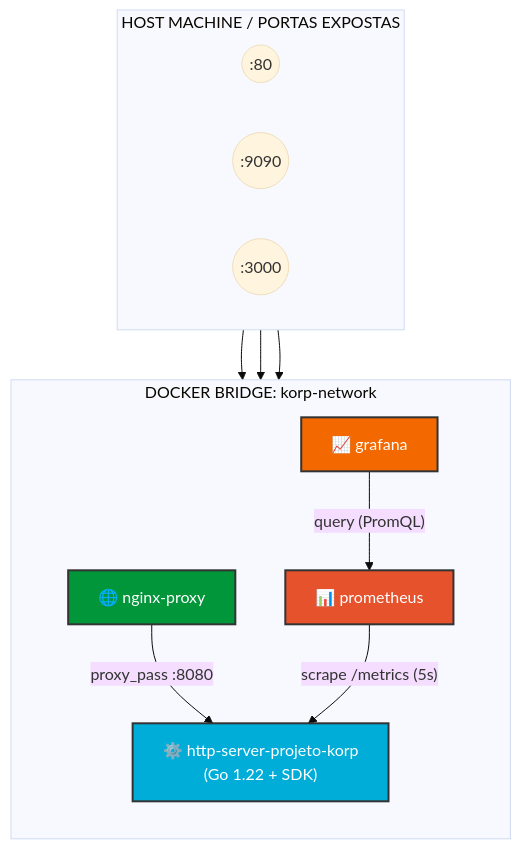
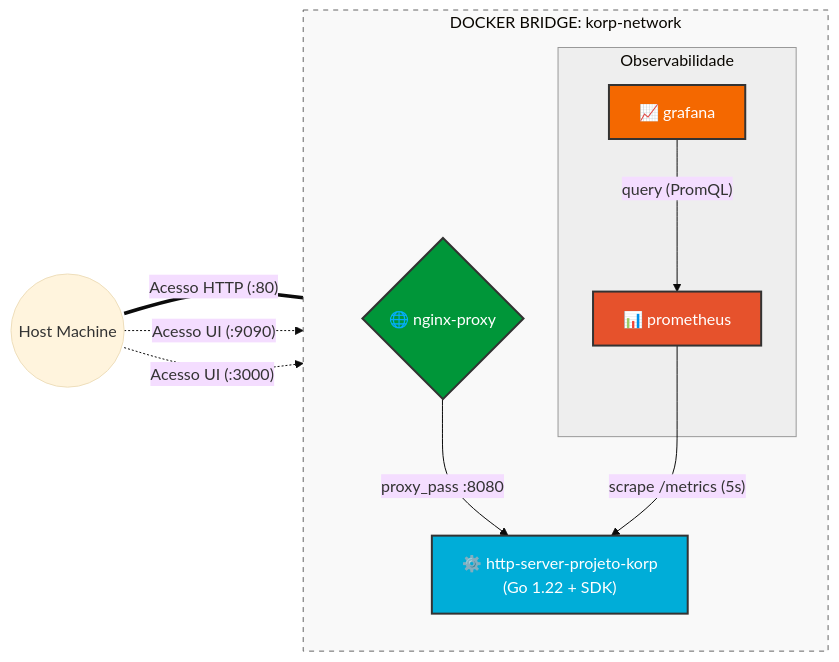
The diagram in README.md (devjanBarbosa/desafio-devops-korp), drawn with Mermaid (base theme) before and after one commit. The commit also changed other lines of this file, not shown here.

````diff
--- a/README.md
+++ b/README.md
@@ -11,33 +9,42 @@
 ```mermaid
-flowchart TD
-    subgraph Host [HOST MACHINE / PORTAS EXPOSTAS]
-        direction LR
-        P80((:80))
-        P9090((:9090))
-        P3000((:3000))
+flowchart LR
+    %% Entidade Externa
+    Client((Host Machine))
+
+    %% Malha de Rede
+    subgraph Docker [DOCKER BRIDGE: korp-network]
+        direction TB
+        
+        %% Componentes Principais
+        Nginx{"🌐 nginx-proxy"}
+        API["⚙️ http-server-projeto-korp\n(Go 1.22 + SDK)"]
+        
+        %% Agrupamento de Monitoramento
+        subgraph SRE [Observabilidade]
+            Prom["📊 prometheus"]
+            Grafana["📈 grafana"]
+        end
     end
 
-    subgraph Network [DOCKER BRIDGE: korp-network]
-        direction TB
-        Nginx["🌐 nginx-proxy"]
-        Prom["📊 prometheus"]
-        Grafana["📈 grafana"]
-        API["⚙️ http-server-projeto-korp<br/>(Go 1.22 + SDK)"]
-    end
+    %% Fluxo de Tráfego de Negócio
+    Client == "Acesso HTTP (:80)" === Nginx
+    Nginx -- "proxy_pass :8080" --> API
 
-    %% Entradas do Host
-    P80 --> Nginx
-    P9090 --> Prom
-    P3000 --> Grafana
-
-    %% Comunicação Interna
-    Nginx -- "proxy_pass :8080" --> API
+    %% Fluxo de Telemetria
     Prom -- "scrape /metrics (5s)" --> API
     Grafana -- "query (PromQL)" --> Prom
 
-    %% Estilos
+    %% Acesso aos Dashboards/Painéis
+    Client -. "Acesso UI (:9090)" .-> Prom
+    Client -. "Acesso UI (:3000)" .-> Grafana
+
+    %% Estilos de Cores Padrão das Ferramentas
     style API fill:#00ADD8,stroke:#333,stroke-width:2px,color:#fff
     style Nginx fill:#009639,stroke:#333,stroke-width:2px,color:#fff
     style Prom fill:#E6522C,stroke:#333,stroke-width:2px,color:#fff
     style Grafana fill:#F46800,stroke:#333,stroke-width:2px,color:#fff
+    
+    %% Estilo dos Containers de Rede
+    style Docker fill:#f9f9f9,stroke:#666,stroke-width:1px,stroke-dasharray: 5 5
+    style SRE fill:#eeeeee,stroke:#999,stroke-width:1px
 ```
````
